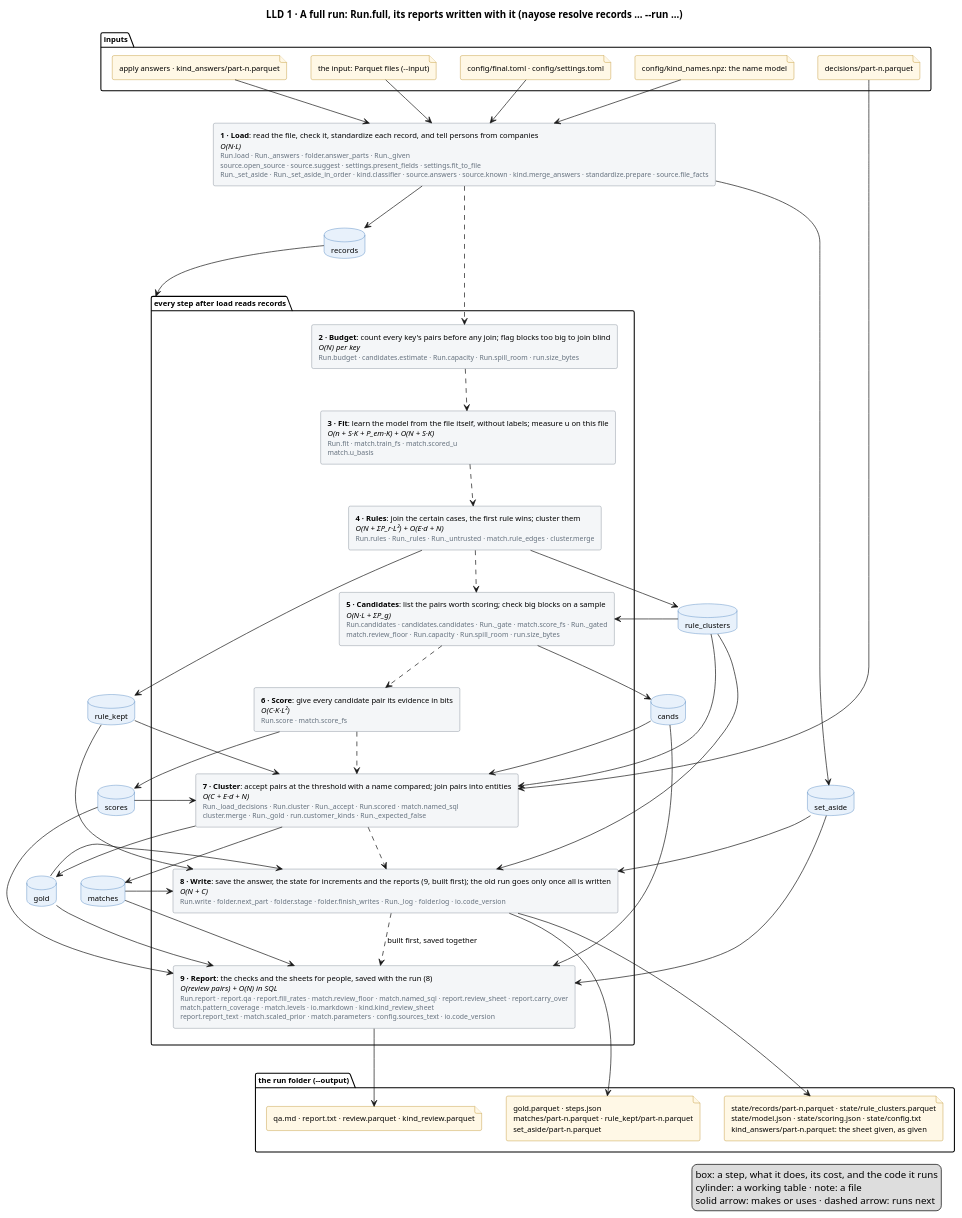
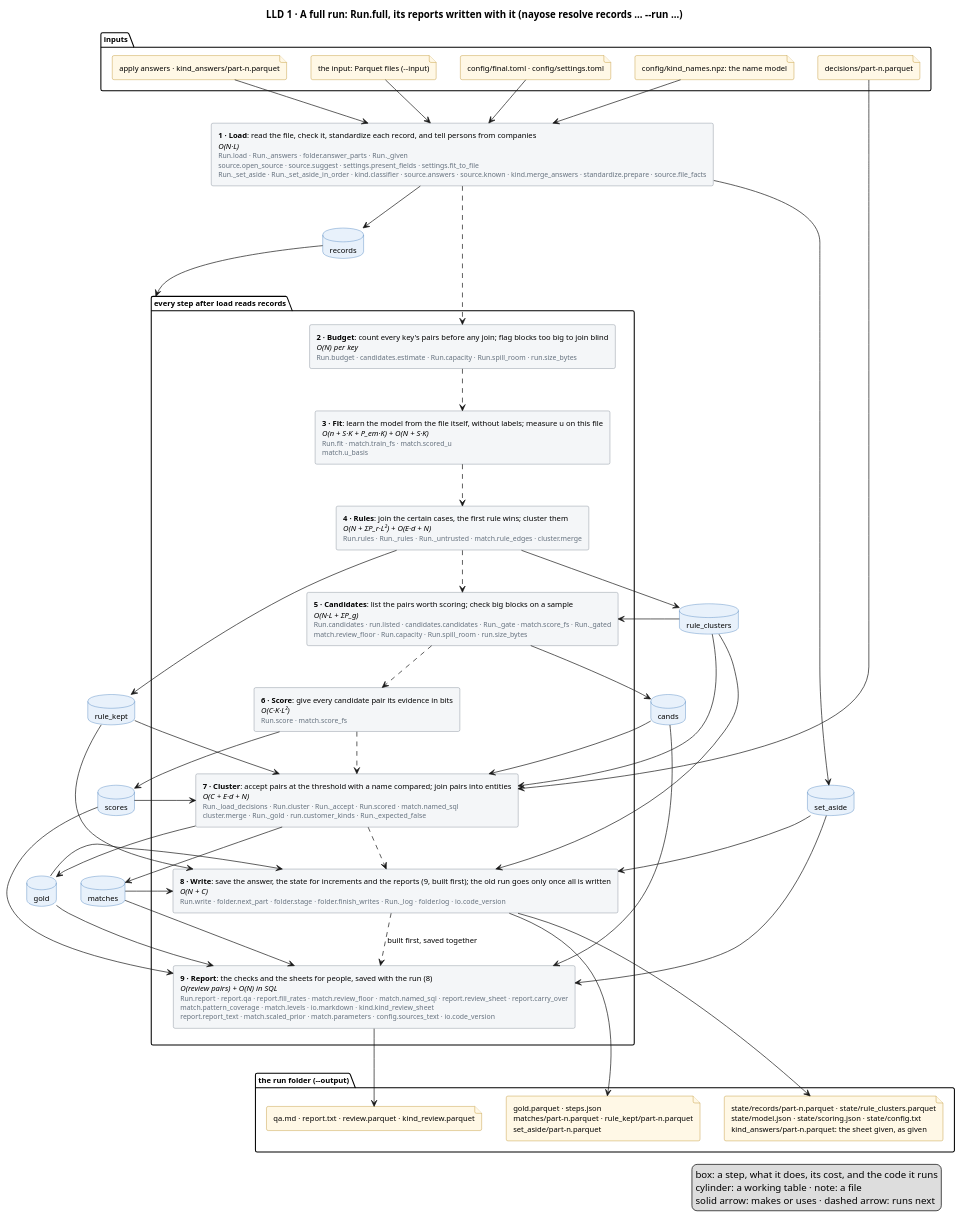
Before and after one commit to mvsbm/entity_matching: the diagram in docs/diagrams/full-run.puml, drawn with PlantUML. The commit also changed 10 other files, not shown here.

First line of the commit message:
nayose describe matching: the pipeline as a graph, with the run's numbers

```diff
--- a/docs/diagrams/full-run.puml
+++ b/docs/diagrams/full-run.puml
@@ -1,100 +1,100 @@
 @startuml full-run
 title LLD 1 · A full run: Run.full, its reports written with it (nayose resolve records … ~--run …)
 skinparam defaultFontSize 11
 skinparam rectangle {
   BackgroundColor #F4F6F8
   BorderColor #65717E
 }
 skinparam database {
   BackgroundColor #E8F1FB
   BorderColor #2C6DB3
 }
 skinparam file {
   BackgroundColor #FFF8E6
   BorderColor #B07D00
 }
 
 package "inputs" {
   file "the input: Parquet files (~--input)" as f_input
   file "config/final.toml · config/settings.toml" as f_config
   file "config/kind_names.npz: the name model" as f_names
   file "apply answers · kind_answers/part-n.parquet" as f_answers
   file "decisions/part-n.parquet" as f_decisions
 }
 
 
 rectangle "<b>1 · Load</b>: read the file, check it, standardize each record, and tell persons from companies\n<i>O(N·L)</i>\n<size:10><color:#65717E>Run.load · Run._answers · folder.answer_parts · Run._given</color></size>\n<size:10><color:#65717E>source.open_source · source.suggest · settings.present_fields · settings.fit_to_file</color></size>\n<size:10><color:#65717E>Run._set_aside · Run._set_aside_in_order · kind.classifier · source.answers · source.known · kind.merge_answers · standardize.prepare · source.file_facts</color></size>" as load
 package "every step after load reads records" as after_load {
   rectangle "<b>2 · Budget</b>: count every key's pairs before any join; flag blocks too big to join blind\n<i>O(N) per key</i>\n<size:10><color:#65717E>Run.budget · candidates.estimate · Run.capacity · Run.spill_room · run.size_bytes</color></size>" as budget
   rectangle "<b>3 · Fit</b>: learn the model from the file itself, without labels; measure u on this file\n<i>O(n + S·K + P_em·K) + O(N + S·K)</i>\n<size:10><color:#65717E>Run.fit · match.train_fs · match.scored_u</color></size>\n<size:10><color:#65717E>match.u_basis</color></size>" as fit
   rectangle "<b>4 · Rules</b>: join the certain cases, the first rule wins; cluster them\n<i>O(N + ΣP_r·L²) + O(E·d + N)</i>\n<size:10><color:#65717E>Run.rules · Run._rules · Run._untrusted · match.rule_edges · cluster.merge</color></size>" as rules
-  rectangle "<b>5 · Candidates</b>: list the pairs worth scoring; check big blocks on a sample\n<i>O(N·L + ΣP_g)</i>\n<size:10><color:#65717E>Run.candidates · candidates.candidates · Run._gate · match.score_fs · Run._gated</color></size>\n<size:10><color:#65717E>match.review_floor · Run.capacity · Run.spill_room · run.size_bytes</color></size>" as candidates
+  rectangle "<b>5 · Candidates</b>: list the pairs worth scoring; check big blocks on a sample\n<i>O(N·L + ΣP_g)</i>\n<size:10><color:#65717E>Run.candidates · run.listed · candidates.candidates · Run._gate · match.score_fs · Run._gated</color></size>\n<size:10><color:#65717E>match.review_floor · Run.capacity · Run.spill_room · run.size_bytes</color></size>" as candidates
   rectangle "<b>6 · Score</b>: give every candidate pair its evidence in bits\n<i>O(C·K·L²)</i>\n<size:10><color:#65717E>Run.score · match.score_fs</color></size>" as score
   rectangle "<b>7 · Cluster</b>: accept pairs at the threshold with a name compared; join pairs into entities\n<i>O(C + E·d + N)</i>\n<size:10><color:#65717E>Run._load_decisions · Run.cluster · Run._accept · Run.scored · match.named_sql</color></size>\n<size:10><color:#65717E>cluster.merge · Run._gold · run.customer_kinds · Run._expected_false</color></size>" as cluster
   rectangle "<b>8 · Write</b>: save the answer, the state for increments and the reports (9, built first); the old run goes only once all is written\n<i>O(N + C)</i>\n<size:10><color:#65717E>Run.write · folder.next_part · folder.stage · folder.finish_writes · Run._log · folder.log · io.code_version</color></size>" as write
   rectangle "<b>9 · Report</b>: the checks and the sheets for people, saved with the run (8)\n<i>O(review pairs) + O(N) in SQL</i>\n<size:10><color:#65717E>Run.report · report.qa · report.fill_rates · match.review_floor · match.named_sql · report.review_sheet · report.carry_over</color></size>\n<size:10><color:#65717E>match.pattern_coverage · match.levels · io.markdown · kind.kind_review_sheet</color></size>\n<size:10><color:#65717E>report.report_text · match.scaled_prior · match.parameters · config.sources_text · io.code_version</color></size>" as report
 }
 database "records" as records
 database "set_aside" as set_aside
 database "rule_clusters" as rule_clusters
 database "rule_kept" as rule_kept
 database "cands" as cands
 database "scores" as scores
 database "matches" as matches
 database "gold" as gold
 
 package "the run folder (~--output)" {
   file "gold.parquet · steps.json\nmatches/part-n.parquet · rule_kept/part-n.parquet\nset_aside/part-n.parquet" as f_out
   file "state/records/part-n.parquet · state/rule_clusters.parquet\nstate/model.json · state/scoring.json · state/config.txt\nkind_answers/part-n.parquet: the sheet given, as given" as f_state
   file "qa.md · report.txt · review.parquet · kind_review.parquet" as f_people
 }
 
 f_input --> load
 f_config --> load
 f_names --> load
 f_answers --> load
 f_decisions --> cluster
 
 load ..> budget
 budget ..> fit
 fit ..> rules
 rules ..> candidates
 candidates ..> score
 score ..> cluster
 cluster ..> write
 write ..> report : built first, saved together
 
 load --> records
 load --> set_aside
 records --> after_load
 rules --> rule_clusters
 rules --> rule_kept
 rule_clusters --> candidates
 rule_clusters --> cluster
 rule_clusters --> write
 rule_kept --> cluster
 rule_kept --> write
 candidates --> cands
 cands --> cluster
 cands --> report
 score --> scores
 scores --> cluster
 scores --> report
 cluster --> matches
 cluster --> gold
 matches --> write
 matches --> report
 gold --> write
 gold --> report
 set_aside --> write
 set_aside --> report
 
 write --> f_out
 write --> f_state
 report --> f_people
 legend right
   box: a step, what it does, its cost, and the code it runs
   cylinder: a working table · note: a file
   solid arrow: makes or uses · dashed arrow: runs next
 endlegend
 @enduml
```
